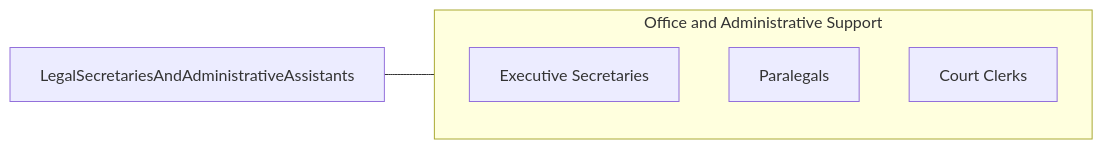
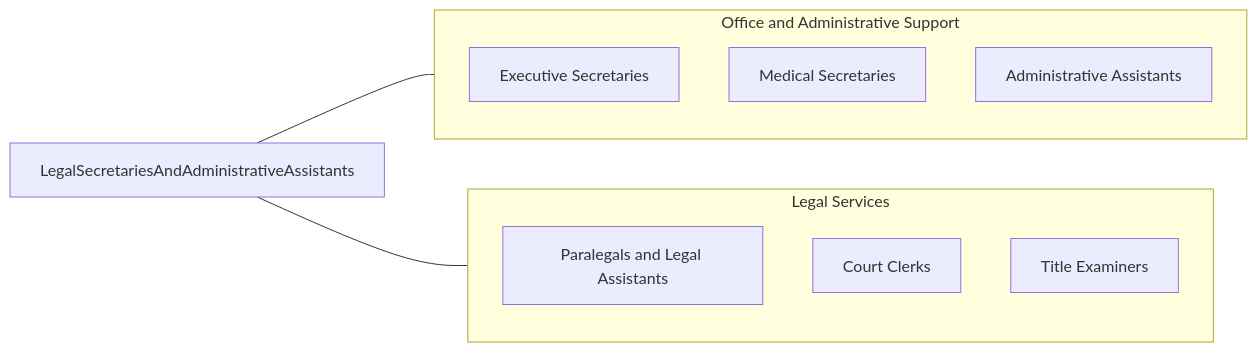
The fourth of 4 diagrams in occupations/Administrative/LegalSecretariesAndAdministrativeAssistants.mdx (kziemski/business.org.ai), drawn with Mermaid before and after one commit. The commit also changed other lines of this file and 19 other files, not shown here.

````diff
--- a/occupations/Administrative/LegalSecretariesAndAdministrativeAssistants.mdx
+++ b/occupations/Administrative/LegalSecretariesAndAdministrativeAssistants.mdx
@@ -107,10 +228,19 @@
 ```mermaid
 graph LR
     Current["LegalSecretariesAndAdministrativeAssistants"]
+
     subgraph SameCategory["Office and Administrative Support"]
-        RExecutiveSecretaries["Executive Secretaries"]
-        RParalegals["Paralegals"]
-        RCourtClerks["Court Clerks"]
+        ExecutiveSecretaries["Executive Secretaries"]
+        MedicalSecretaries["Medical Secretaries"]
+        AdminAssistants["Administrative Assistants"]
     end
+
+    subgraph CrossFunctional["Legal Services"]
+        Paralegals["Paralegals and Legal Assistants"]
+        CourtClerks["Court Clerks"]
+        TitleExaminers["Title Examiners"]
+    end
+
     Current --- SameCategory
+    Current --- CrossFunctional
 ```
````
